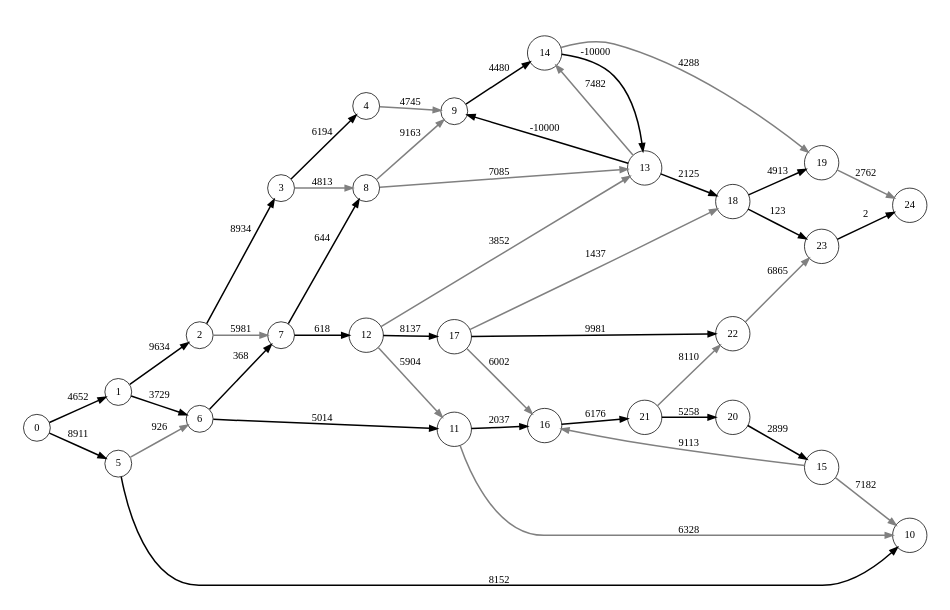
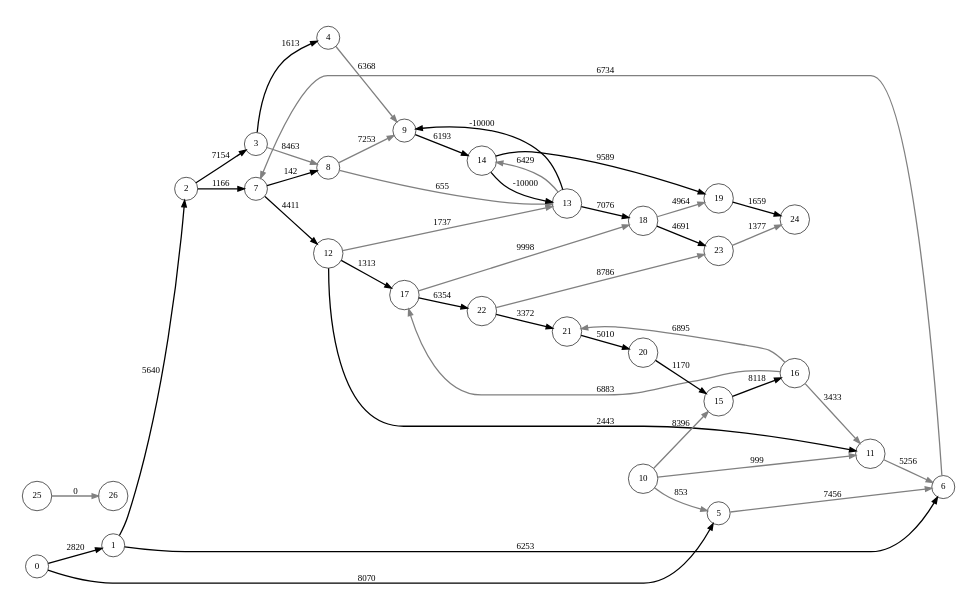
Before and after one commit to rafaelglikis/bellman-ford-boost: the diagram in shortest-path.dot, drawn with Graphviz. The commit also changed 8 other files, not shown here.

```diff
--- a/shortest-path.dot
+++ b/shortest-path.dot
@@ -1,7 +1,7 @@
 digraph D {
   rankdir=LR
   size="5,3"
   ratio="fill"
   edge[style="bold"]
   node[shape="circle"]
-0 -> 1[label="4652", color="black"]0 -> 5[label="8911", color="black"]1 -> 2[label="9634", color="black"]1 -> 6[label="3729", color="black"]2 -> 3[label="8934", color="black"]2 -> 7[label="5981", color="grey"]3 -> 4[label="6194", color="black"]3 -> 8[label="4813", color="grey"]4 -> 9[label="4745", color="grey"]5 -> 6[label="926", color="grey"]5 -> 10[label="8152", color="black"]6 -> 7[label="368", color="black"]6 -> 11[label="5014", color="black"]7 -> 8[label="644", color="black"]7 -> 12[label="618", color="black"]8 -> 9[label="9163", color="grey"]8 -> 13[label="7085", color="grey"]9 -> 14[label="4480", color="black"]11 -> 10[label="6328", color="grey"]11 -> 16[label="2037", color="black"]12 -> 11[label="5904", color="grey"]12 -> 13[label="3852", color="grey"]12 -> 17[label="8137", color="black"]13 -> 14[label="7482", color="grey"]13 -> 18[label="2125", color="black"]13 -> 9[label="-10000", color="black"]14 -> 19[label="4288", color="grey"]14 -> 13[label="-10000", color="black"]15 -> 16[label="9113", color="grey"]15 -> 10[label="7182", color="grey"]16 -> 21[label="6176", color="black"]17 -> 16[label="6002", color="grey"]17 -> 18[label="1437", color="grey"]17 -> 22[label="9981", color="black"]18 -> 19[label="4913", color="black"]18 -> 23[label="123", color="black"]19 -> 24[label="2762", color="grey"]20 -> 15[label="2899", color="black"]21 -> 20[label="5258", color="black"]21 -> 22[label="8110", color="grey"]22 -> 23[label="6865", color="grey"]23 -> 24[label="2", color="black"]}
+0 -> 1[label="2820", color="black"]0 -> 5[label="8070", color="black"]1 -> 2[label="5640", color="black"]1 -> 6[label="6253", color="black"]2 -> 3[label="7154", color="black"]2 -> 7[label="1166", color="black"]3 -> 4[label="1613", color="black"]3 -> 8[label="8463", color="grey"]4 -> 9[label="6368", color="grey"]5 -> 6[label="7456", color="grey"]6 -> 7[label="6734", color="grey"]7 -> 8[label="142", color="black"]7 -> 12[label="4411", color="black"]8 -> 9[label="7253", color="grey"]8 -> 13[label="655", color="grey"]9 -> 14[label="6193", color="black"]10 -> 11[label="999", color="grey"]10 -> 5[label="853", color="grey"]10 -> 15[label="8396", color="grey"]11 -> 6[label="5256", color="grey"]12 -> 11[label="2443", color="black"]12 -> 13[label="1737", color="grey"]12 -> 17[label="1313", color="black"]13 -> 14[label="6429", color="grey"]13 -> 18[label="7076", color="black"]13 -> 9[label="-10000", color="black"]14 -> 19[label="9589", color="black"]14 -> 13[label="-10000", color="black"]15 -> 16[label="8118", color="black"]16 -> 17[label="6883", color="grey"]16 -> 11[label="3433", color="grey"]16 -> 21[label="6895", color="grey"]17 -> 18[label="9998", color="grey"]17 -> 22[label="6354", color="black"]18 -> 19[label="4964", color="grey"]18 -> 23[label="4691", color="black"]19 -> 24[label="1659", color="black"]20 -> 15[label="1170", color="black"]21 -> 20[label="5010", color="black"]22 -> 21[label="3372", color="black"]22 -> 23[label="8786", color="grey"]23 -> 24[label="1377", color="grey"]25 -> 26[label="0", color="grey"]}
```
